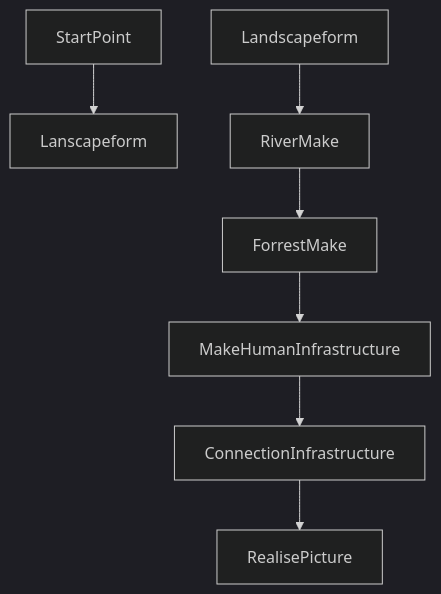
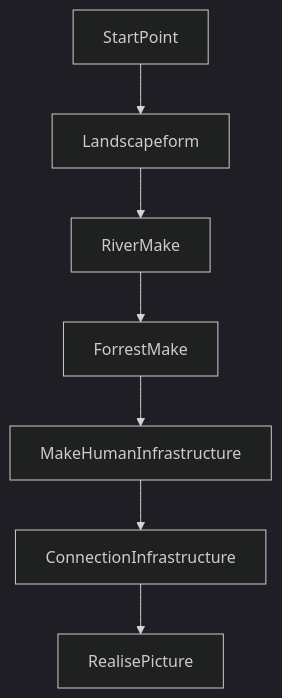
The diagram in README.md (mrCorat/MapMaker), drawn with Mermaid (dark theme) before and after one commit.

Commit message:
made scheme logic

````diff
--- a/README.md
+++ b/README.md
@@ -5,9 +5,9 @@
 ```mermaid
 graph TD;   
-    StartPoint-->Lanscapeform;
+    StartPoint-->Landscapeform;
     Landscapeform-->RiverMake;
     RiverMake-->ForrestMake;
     ForrestMake-->MakeHumanInfrastructure;
     MakeHumanInfrastructure-->ConnectionInfrastructure;
     ConnectionInfrastructure-->RealisePicture;
 ```
````
